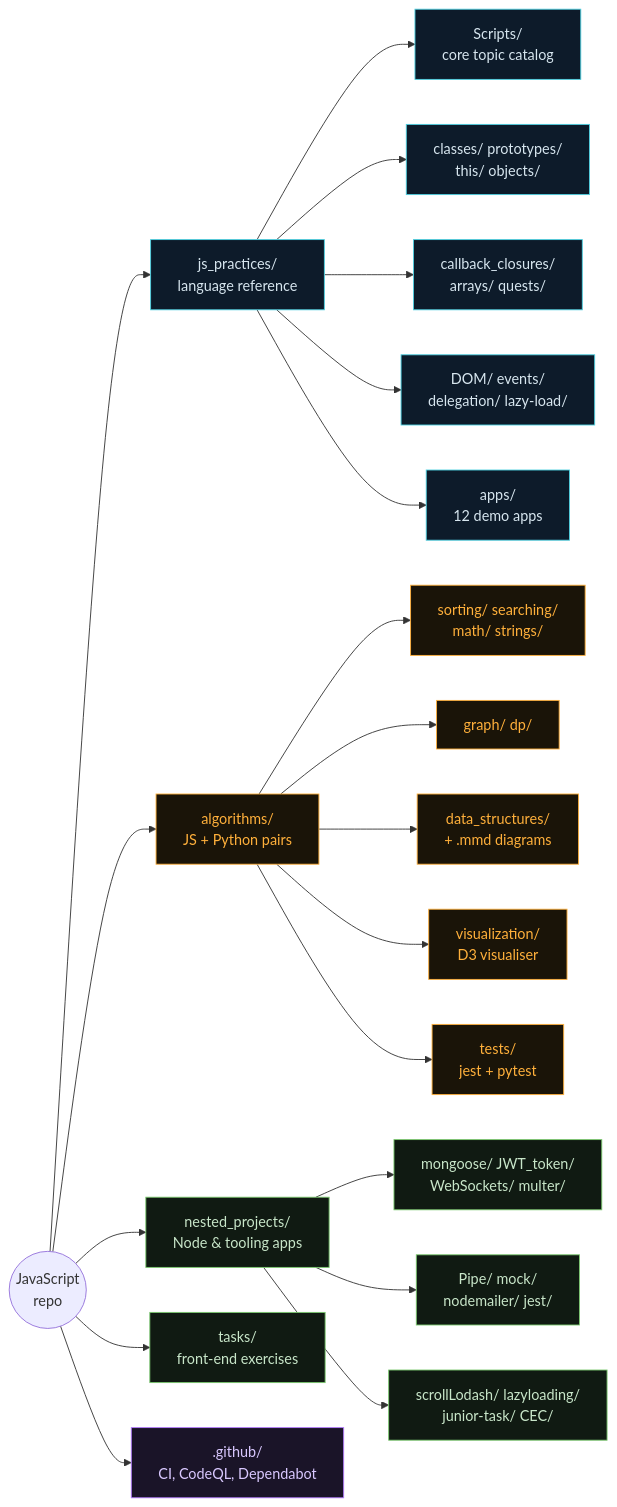
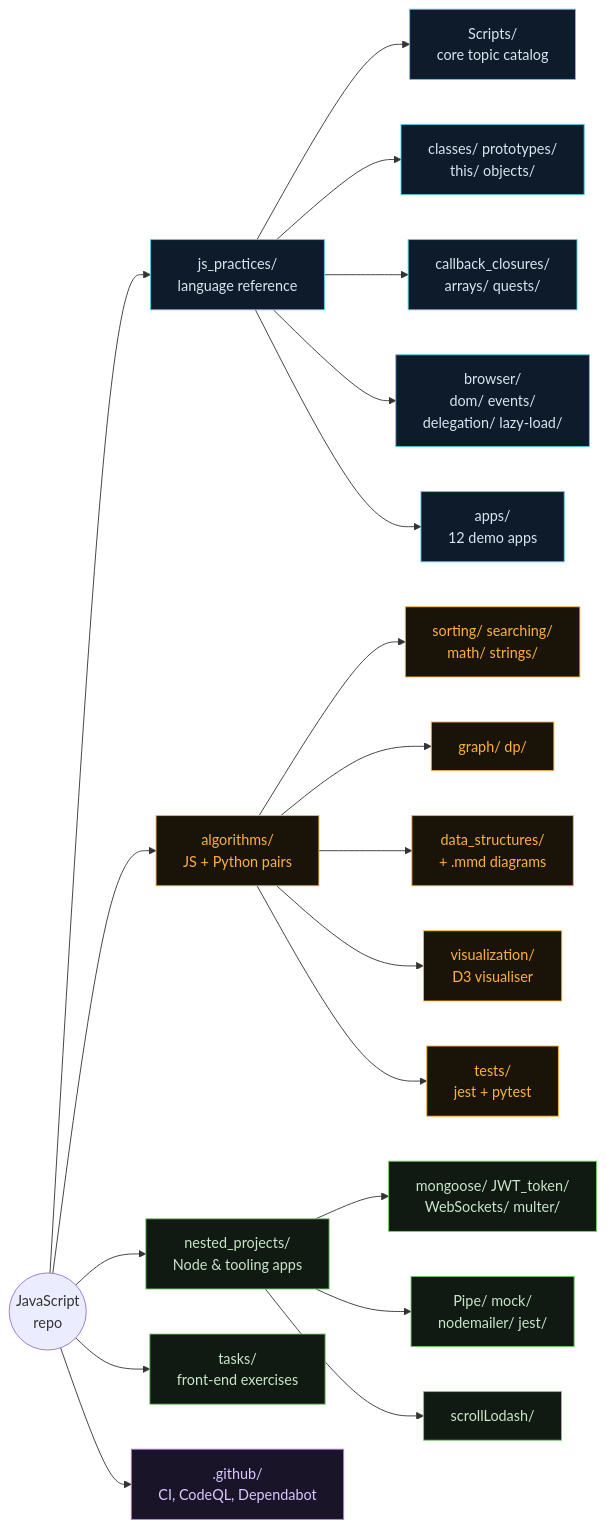
The first of 2 diagrams in README.md (ChewBaccaYeti/Web_development), drawn with Mermaid before and after one commit. The commit also changed other lines of this file and 94 other files, not shown here.

````diff
--- a/README.md
+++ b/README.md
@@ -86,36 +86,36 @@
 ```mermaid
 flowchart LR
     root(("JavaScript<br/>repo"))
 
     root --> practices["js_practices/<br/>language reference"]
     root --> algos["algorithms/<br/>JS + Python pairs"]
     root --> nested["nested_projects/<br/>Node &amp; tooling apps"]
     root --> tasks["tasks/<br/>front-end exercises"]
     root --> ci[".github/<br/>CI, CodeQL, Dependabot"]
 
     practices --> scripts["Scripts/<br/>core topic catalog"]
     practices --> oop["classes/ prototypes/<br/>this/ objects/"]
     practices --> fns["callback_closures/<br/>arrays/ quests/"]
-    practices --> dom["DOM/ events/<br/>delegation/ lazy-load/"]
+    practices --> dom["browser/<br/>dom/ events/<br/>delegation/ lazy-load/"]
     practices --> apps["apps/<br/>12 demo apps"]
 
     algos --> sortsearch["sorting/ searching/<br/>math/ strings/"]
     algos --> advanced["graph/ dp/"]
     algos --> ds["data_structures/<br/>+ .mmd diagrams"]
     algos --> viz["visualization/<br/>D3 visualiser"]
     algos --> atests["tests/<br/>jest + pytest"]
 
     nested --> servers["mongoose/ JWT_token/<br/>WebSockets/ multer/"]
     nested --> tooling["Pipe/ mock/<br/>nodemailer/ jest/"]
-    nested --> browser["scrollLodash/ lazyloading/<br/>junior-task/ CEC/"]
+    nested --> browser["scrollLodash/"]
 
     classDef ref fill:#0d1b2a,stroke:#4dd0e1,color:#d7e6ef
     classDef algo fill:#1a1408,stroke:#ffb03b,color:#ffb03b
     classDef proj fill:#101a12,stroke:#7bc96f,color:#c8e6c9
     classDef ops fill:#1a1428,stroke:#b47cff,color:#d9c8ff
 
     class practices,scripts,oop,fns,dom,apps ref
     class algos,sortsearch,advanced,ds,viz,atests algo
     class nested,servers,tooling,browser,tasks proj
     class ci ops
 ```
````
